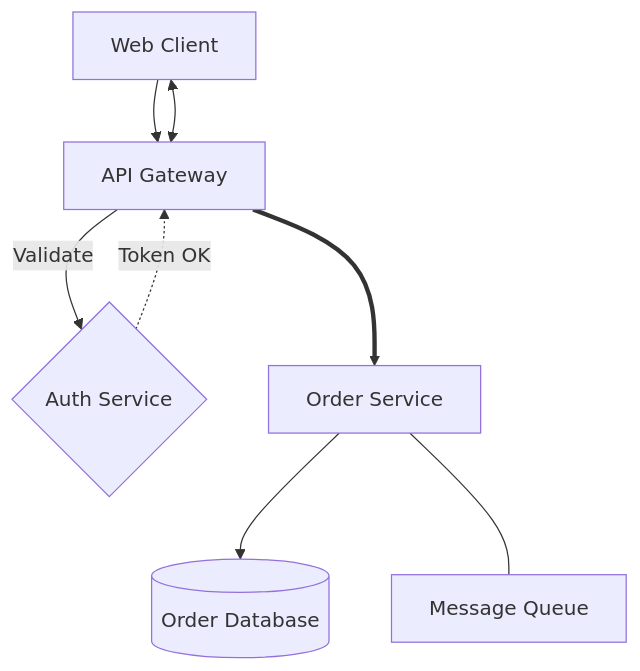
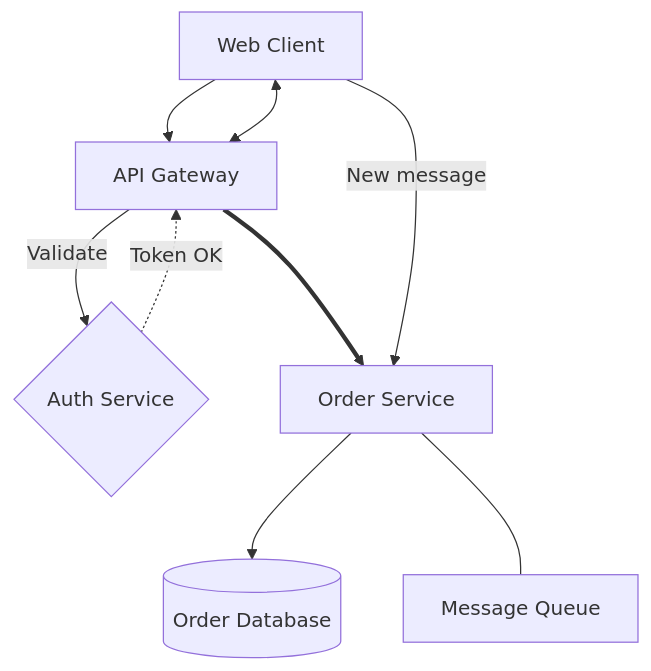
Before and after one commit to stanimirovv/foliant: the second of 2 diagrams in diagrams/markdown-demo.md, drawn with Mermaid. The commit also changed other lines of this file and 2 other files, not shown here.

````diff
--- a/diagrams/markdown-demo.md
+++ b/diagrams/markdown-demo.md
@@ -35,10 +36,11 @@
 ```mermaid
 flowchart TD
     Client[Web Client] --> Gateway[API Gateway]
     Gateway -->|Validate| Auth{Auth Service}
     Gateway ==> Orders[Order Service]
     Orders --> DB[(Order Database)]
     Auth -.->|Token OK| Gateway
     Client <--> Gateway
     Orders --- Queue[Message Queue]
+    Client -->|New message| Orders
 ```
````
